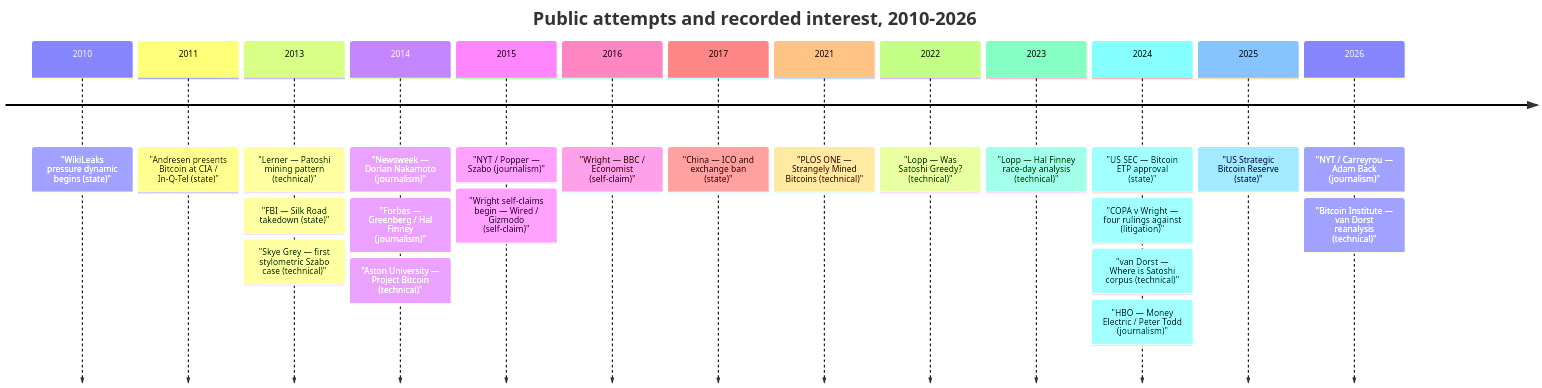
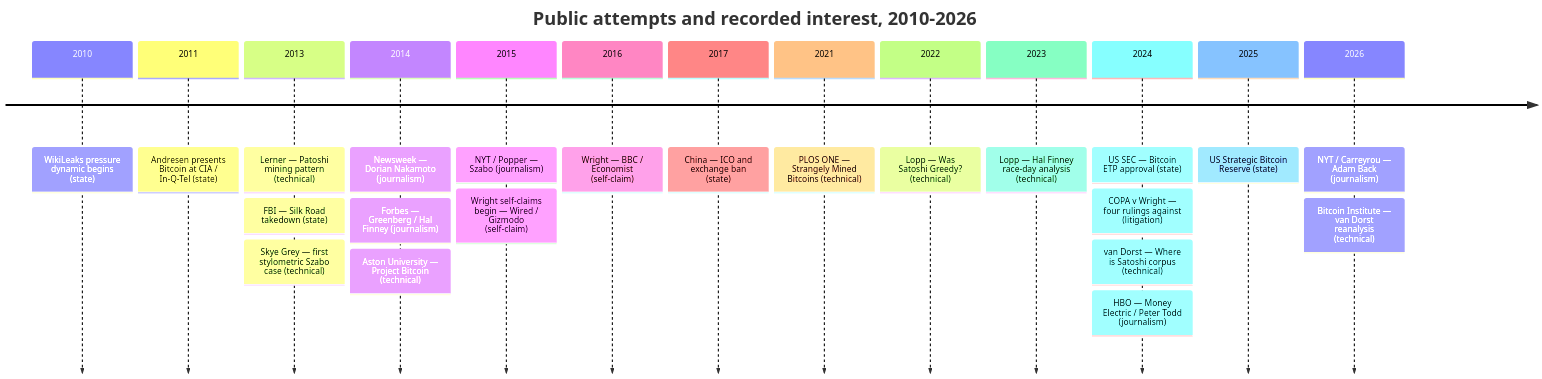
One commit to cypher256/BitcoinArchive changed the diagram in src/data/entries/en/analysis/2008-10-31-satoshi-identification-asymmetry.md. Above: the diagram before and after it, drawn with Mermaid. The commit also changed 12 other files, not shown here.

First line of the commit message:
Mermaid timelines: drop literal double-quotes around event text

````diff
--- a/src/data/entries/en/analysis/2008-10-31-satoshi-identification-asymmetry.md
+++ b/src/data/entries/en/analysis/2008-10-31-satoshi-identification-asymmetry.md
@@ -99,26 +99,26 @@
 ```mermaid
 timeline
     title Public attempts and recorded interest, 2010-2026
-    2010 : "WikiLeaks pressure dynamic begins (state)"
-    2011 : "Andresen presents Bitcoin at CIA / In-Q-Tel (state)"
-    2013 : "Lerner — Patoshi mining pattern (technical)"
-         : "FBI — Silk Road takedown (state)"
-         : "Skye Grey — first stylometric Szabo case (technical)"
-    2014 : "Newsweek — Dorian Nakamoto (journalism)"
-         : "Forbes — Greenberg / Hal Finney (journalism)"
-         : "Aston University — Project Bitcoin (technical)"
-    2015 : "NYT / Popper — Szabo (journalism)"
-         : "Wright self-claims begin — Wired / Gizmodo (self-claim)"
-    2016 : "Wright — BBC / Economist (self-claim)"
-    2017 : "China — ICO and exchange ban (state)"
-    2021 : "PLOS ONE — Strangely Mined Bitcoins (technical)"
-    2022 : "Lopp — Was Satoshi Greedy? (technical)"
-    2023 : "Lopp — Hal Finney race-day analysis (technical)"
-    2024 : "US SEC — Bitcoin ETP approval (state)"
-         : "COPA v Wright — four rulings against (litigation)"
-         : "van Dorst — Where is Satoshi corpus (technical)"
-         : "HBO — Money Electric / Peter Todd (journalism)"
-    2025 : "US Strategic Bitcoin Reserve (state)"
-    2026 : "NYT / Carreyrou — Adam Back (journalism)"
-         : "Bitcoin Institute — van Dorst reanalysis (technical)"
+    2010 : WikiLeaks pressure dynamic begins (state)
+    2011 : Andresen presents Bitcoin at CIA / In-Q-Tel (state)
+    2013 : Lerner — Patoshi mining pattern (technical)
+         : FBI — Silk Road takedown (state)
+         : Skye Grey — first stylometric Szabo case (technical)
+    2014 : Newsweek — Dorian Nakamoto (journalism)
+         : Forbes — Greenberg / Hal Finney (journalism)
+         : Aston University — Project Bitcoin (technical)
+    2015 : NYT / Popper — Szabo (journalism)
+         : Wright self-claims begin — Wired / Gizmodo (self-claim)
+    2016 : Wright — BBC / Economist (self-claim)
+    2017 : China — ICO and exchange ban (state)
+    2021 : PLOS ONE — Strangely Mined Bitcoins (technical)
+    2022 : Lopp — Was Satoshi Greedy? (technical)
+    2023 : Lopp — Hal Finney race-day analysis (technical)
+    2024 : US SEC — Bitcoin ETP approval (state)
+         : COPA v Wright — four rulings against (litigation)
+         : van Dorst — Where is Satoshi corpus (technical)
+         : HBO — Money Electric / Peter Todd (journalism)
+    2025 : US Strategic Bitcoin Reserve (state)
+    2026 : NYT / Carreyrou — Adam Back (journalism)
+         : Bitcoin Institute — van Dorst reanalysis (technical)
 ```
````
